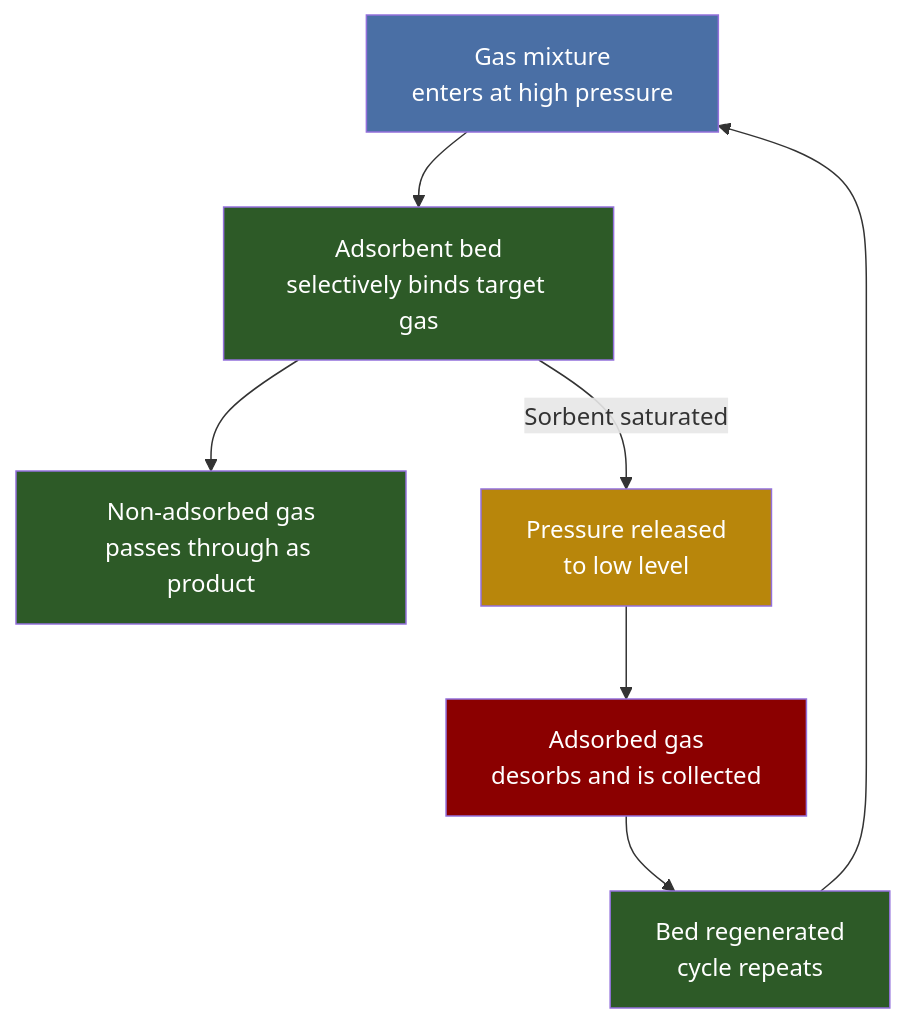
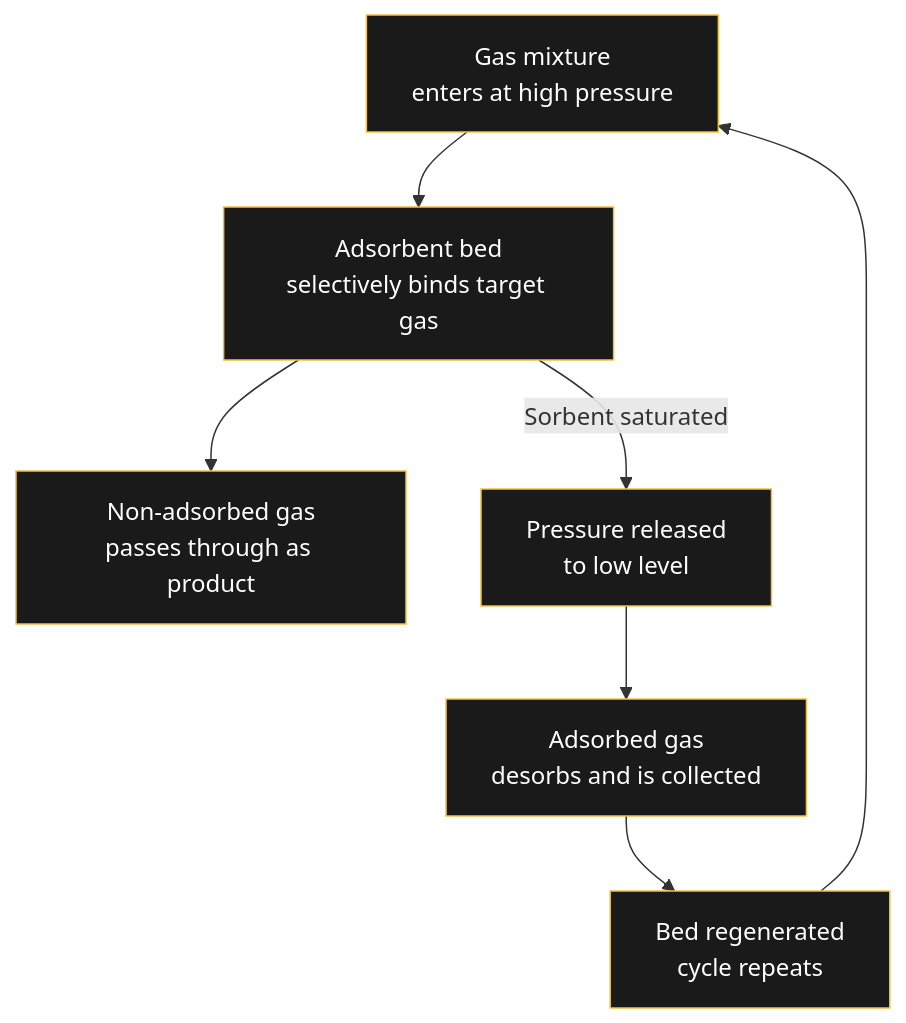
The first of 2 diagrams in content/Engineering/PSA.md (raulmina1/quartz-garden), drawn with Mermaid before and after one commit. The commit also changed other lines of this file and 13 other files, not shown here.

Commit message:
all 10 improvements: dark flowcharts, Plausible analytics, favicon, CNAME for domain, OG images already active

````diff
--- a/content/Engineering/PSA.md
+++ b/content/Engineering/PSA.md
@@ -27,16 +27,16 @@
 ```mermaid
 flowchart TD
     A[Gas mixture<br/>enters at high pressure] --> B[Adsorbent bed<br/>selectively binds target gas]
     B --> C[Non-adsorbed gas<br/>passes through as product]
     B -->|Sorbent saturated| D[Pressure released<br/>to low level]
     D --> E[Adsorbed gas<br/>desorbs and is collected]
     E --> F[Bed regenerated<br/>cycle repeats]
     F --> A
     
-    style A fill:#4a6fa5,color:#fff
-    style B fill:#2d5a27,color:#fff
-    style C fill:#2d5a27,color:#fff
-    style D fill:#b8860b,color:#fff
-    style E fill:#8b0000,color:#fff
-    style F fill:#2d5a27,color:#fff
+    style A fill:#1a1a1a,stroke:#f0c040,color:#fff
+    style B fill:#1a1a1a,stroke:#f0c040,color:#fff
+    style C fill:#1a1a1a,stroke:#f0c040,color:#fff
+    style D fill:#1a1a1a,stroke:#f0c040,color:#fff
+    style E fill:#1a1a1a,stroke:#f0c040,color:#fff
+    style F fill:#1a1a1a,stroke:#f0c040,color:#fff
 ```
````
